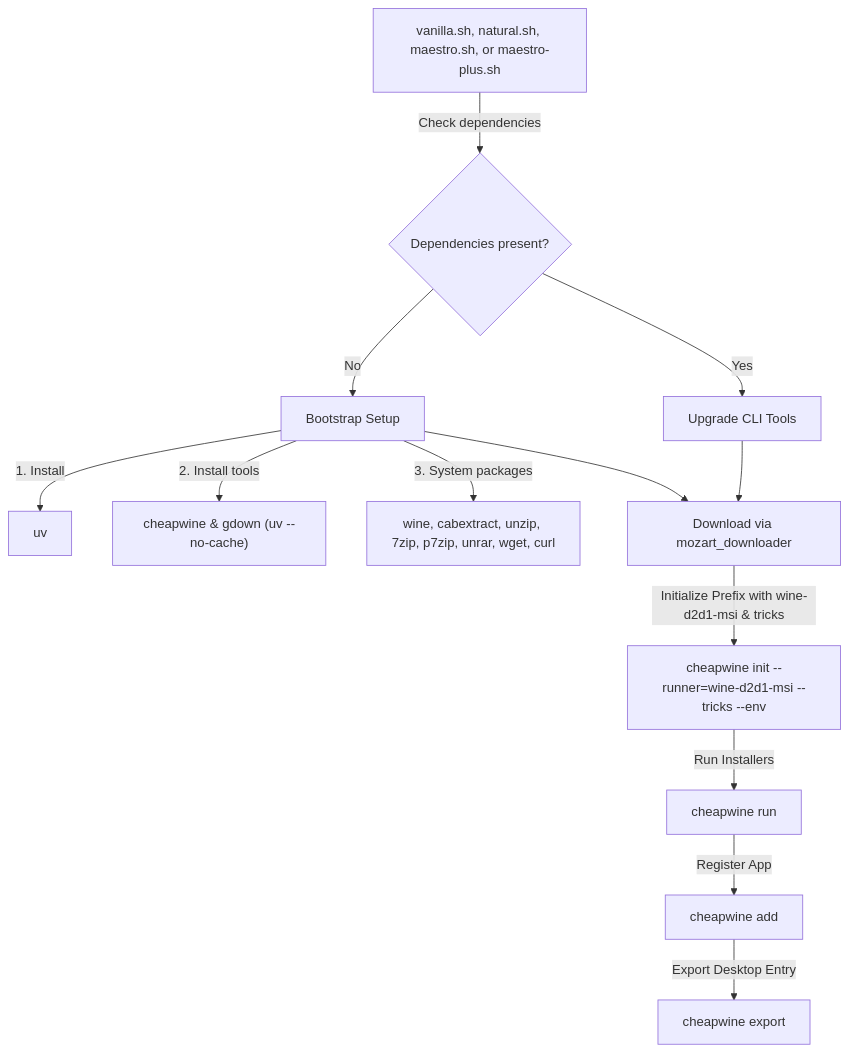
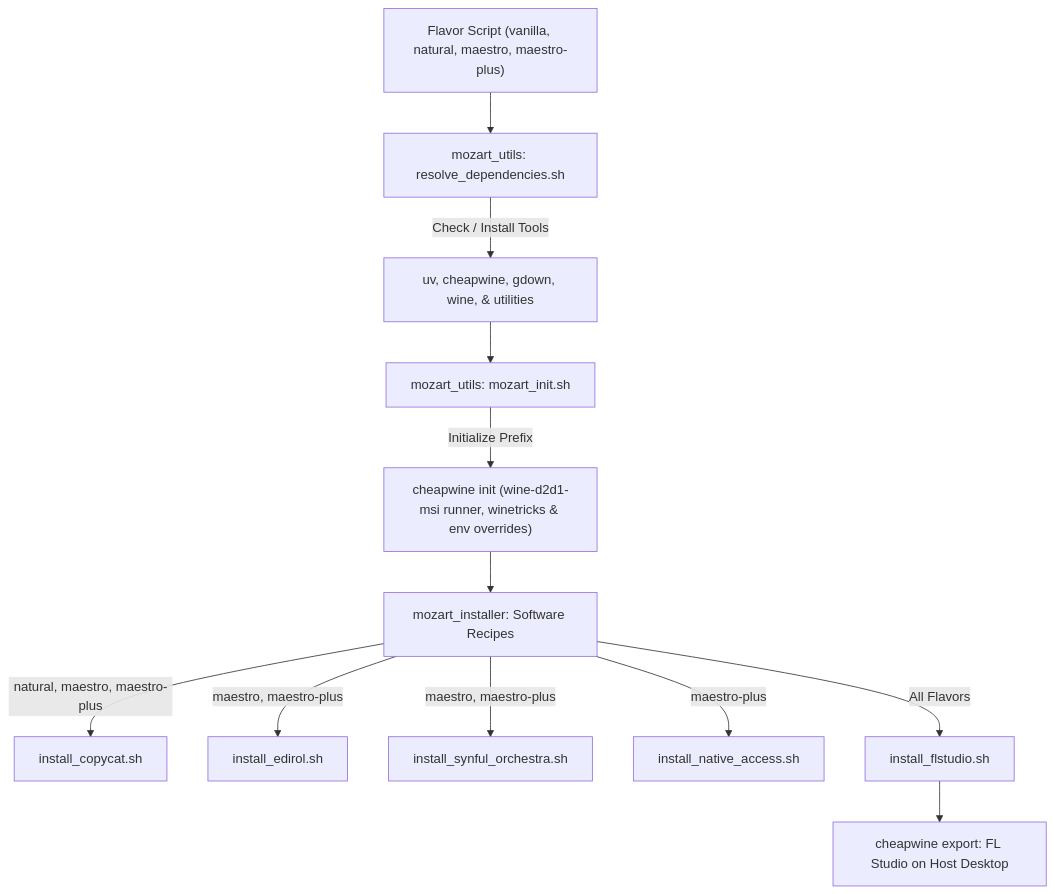
One commit to HeapHeapHooray/getfruity changed the diagram in README.md. Above: the diagram before and after it, drawn with Mermaid. The commit also changed other lines of this file, not shown here.

Commit message:
Update README to document usage of mozart_utils and mozart_installer

````diff
--- a/README.md
+++ b/README.md
@@ -29,15 +32,14 @@
 ```mermaid
-graph TD
-    A["vanilla.sh, natural.sh, maestro.sh, or maestro-plus.sh"] -->|Check dependencies| B{"Dependencies present?"}
-    B -->|No| C[Bootstrap Setup]
-    C -->|1. Install| D[uv]
-    C -->|2. Install tools| E["cheapwine & gdown (uv --no-cache)"]
-    C -->|3. System packages| F["wine, cabextract, unzip, 7zip, p7zip, unrar, wget, curl"]
-    B -->|Yes| G["Upgrade CLI Tools"]
-    G --> H["Download via mozart_downloader"]
-    C --> H
-    H -->|Initialize Prefix with wine-d2d1-msi & tricks| I["cheapwine init --runner=wine-d2d1-msi --tricks --env"]
-    I -->|Run Installers| J[cheapwine run]
-    J -->|Register App| K[cheapwine add]
-    K -->|Export Desktop Entry| L[cheapwine export]
+flowchart TD
+    A["Flavor Script (vanilla, natural, maestro, maestro-plus)"] --> B["mozart_utils: resolve_dependencies.sh"]
+    B -->|Check / Install Tools| C["uv, cheapwine, gdown, wine, & utilities"]
+    C --> D["mozart_utils: mozart_init.sh"]
+    D -->|Initialize Prefix| E["cheapwine init (wine-d2d1-msi runner, winetricks & env overrides)"]
+    E --> F["mozart_installer: Software Recipes"]
+    F -->|natural, maestro, maestro-plus| G["install_copycat.sh"]
+    F -->|maestro, maestro-plus| H["install_edirol.sh"]
+    F -->|maestro, maestro-plus| I["install_synful_orchestra.sh"]
+    F -->|maestro-plus| J["install_native_access.sh"]
+    F -->|All Flavors| K["install_flstudio.sh"]
+    K --> L["cheapwine export: FL Studio on Host Desktop"]
 ```
````
